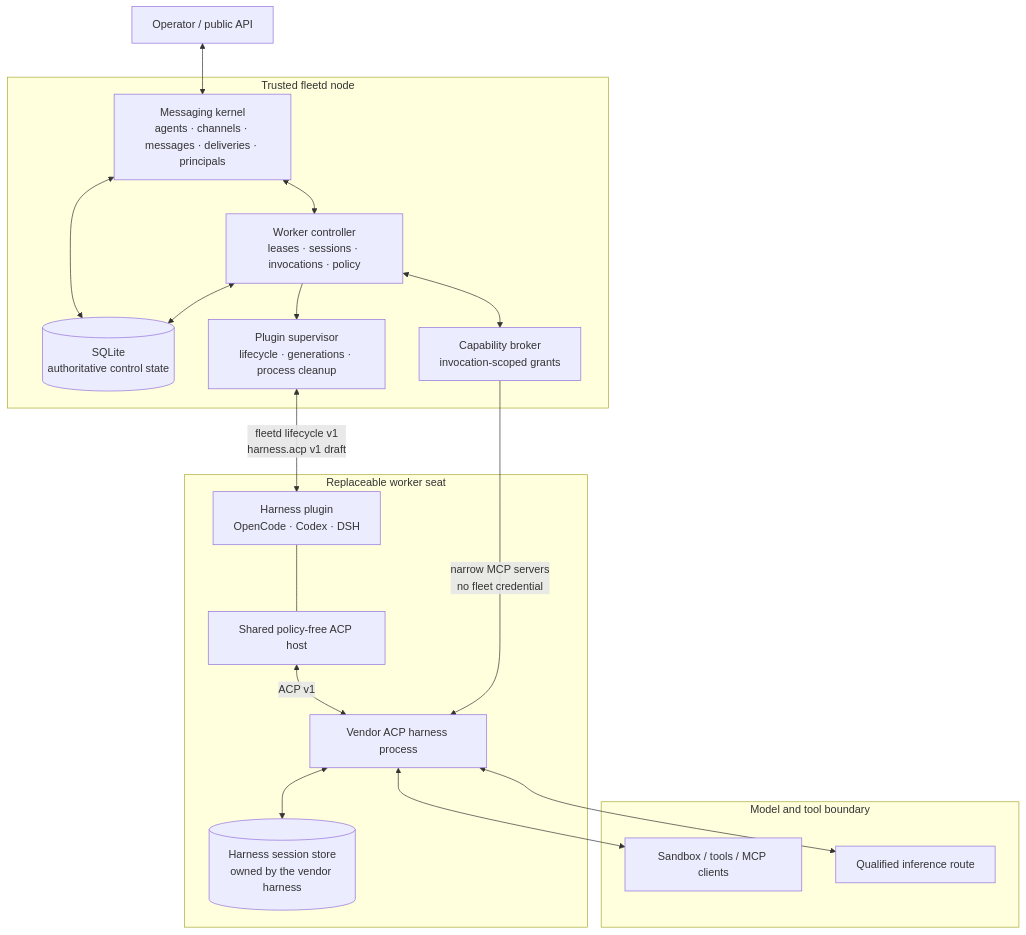
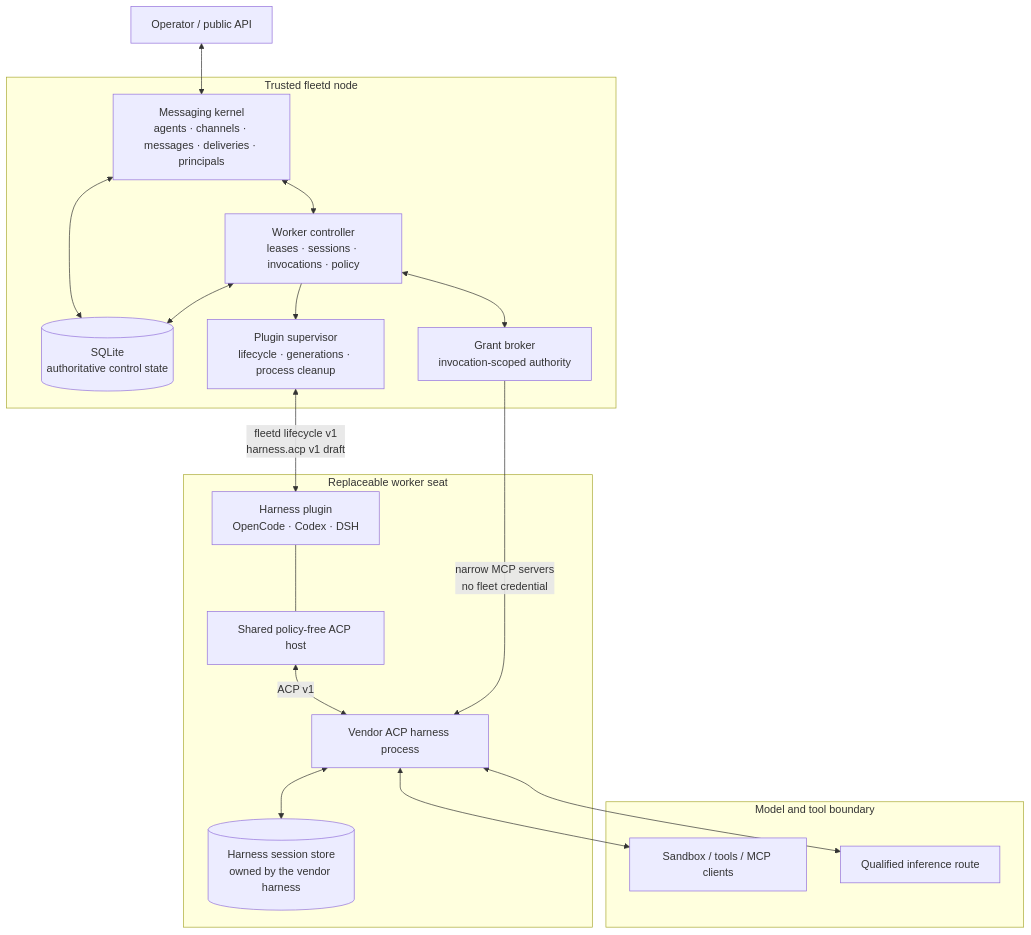
Before and after one commit to ngalluzzo/fleetd: the first of 6 diagrams in docs/HARNESS_EXECUTION.md, drawn with Mermaid. The commit also changed other lines of this file and 55 other files, not shown here.

````diff
--- a/docs/HARNESS_EXECUTION.md
+++ b/docs/HARNESS_EXECUTION.md
@@ -25,40 +25,40 @@
 ```mermaid
 flowchart TB
     operator[Operator / public API]
 
     subgraph node[Trusted fleetd node]
         kernel[Messaging kernel<br/>agents · channels · messages · deliveries · principals]
         db[(SQLite<br/>authoritative control state)]
         controller[Worker controller<br/>leases · sessions · invocations · policy]
         supervisor[Plugin supervisor<br/>lifecycle · generations · process cleanup]
-        broker[Capability broker<br/>invocation-scoped grants]
+        broker[Grant broker<br/>invocation-scoped authority]
 
         kernel <--> db
         controller <--> db
         kernel <--> controller
         controller --> supervisor
         controller <--> broker
     end
 
     subgraph worker[Replaceable worker seat]
         driver[Harness plugin<br/>OpenCode · Codex · DSH]
         host[Shared policy-free ACP host]
         acp[Vendor ACP harness process]
         session[(Harness session store<br/>owned by the vendor harness)]
 
         driver --- host
         host <-->|ACP v1| acp
         acp <--> session
     end
 
     subgraph workload[Model and tool boundary]
         tools[Sandbox / tools / MCP clients]
         inference[Qualified inference route]
     end
 
     operator <--> kernel
     supervisor <-->|fleetd lifecycle v1<br/>harness.acp v1 draft| driver
     broker -->|narrow MCP servers<br/>no fleet credential| acp
     acp <--> tools
     acp <--> inference
 ```
````
